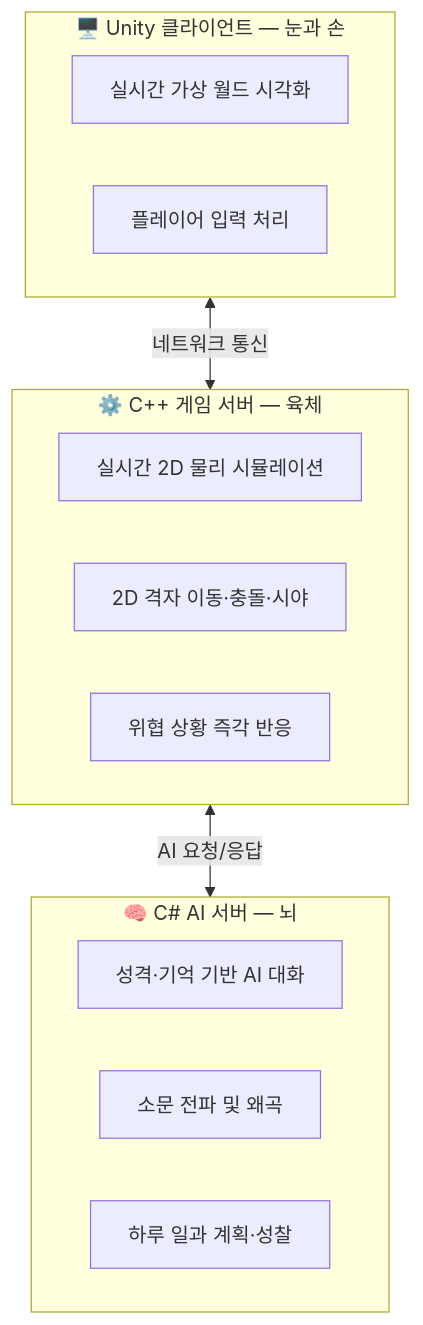
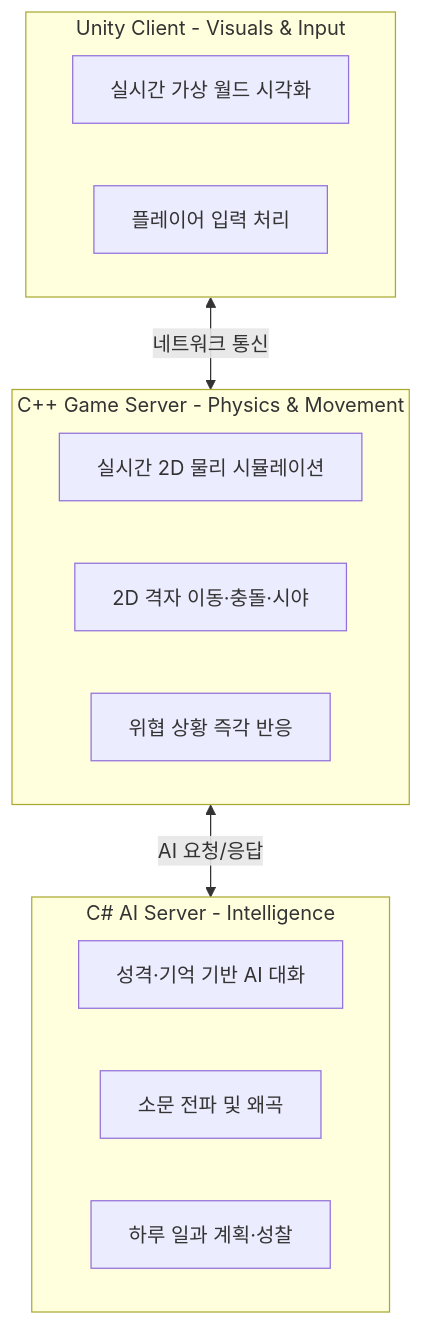
Before and after one commit to jin20203458/Obsidian.Agent: the diagram in MundusVivens/docs/00_project_overview.md, drawn with Mermaid. The commit also changed other lines of this file and 29 other files, not shown here.

````diff
--- a/MundusVivens/docs/00_project_overview.md
+++ b/MundusVivens/docs/00_project_overview.md
@@ -67,22 +67,22 @@
 ```mermaid
 graph TB
-    subgraph CLIENT ["🖥️ Unity 클라이언트 — 눈과 손"]
+    subgraph CLIENT ["Unity Client - Visuals & Input"]
         C1["실시간 가상 월드 시각화"]
         C2["플레이어 입력 처리"]
     end
 
-    subgraph CPP ["⚙️ C++ 게임 서버 — 육체"]
+    subgraph CPP ["C++ Game Server - Physics & Movement"]
         B1["실시간 2D 물리 시뮬레이션"]
         B2["2D 격자 이동·충돌·시야"]
         B3["위협 상황 즉각 반응"]
     end
 
-    subgraph CSHARP ["🧠 C# AI 서버 — 뇌"]
+    subgraph CSHARP ["C# AI Server - Intelligence"]
         A1["성격·기억 기반 AI 대화"]
         A2["소문 전파 및 왜곡"]
         A3["하루 일과 계획·성찰"]
     end
 
     CLIENT <-->|네트워크 통신| CPP
     CPP <-->|AI 요청/응답| CSHARP
 ```
````
